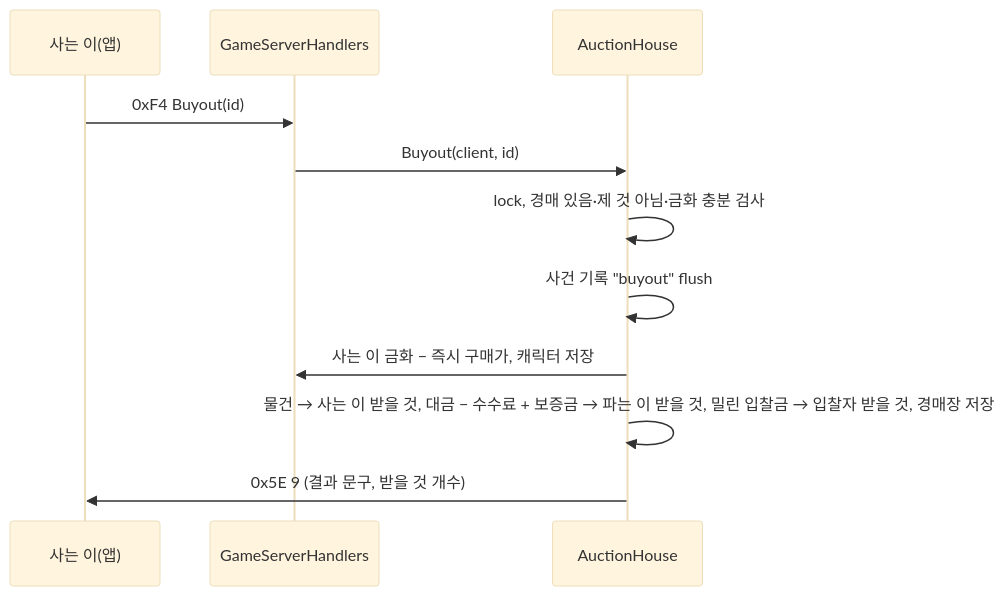
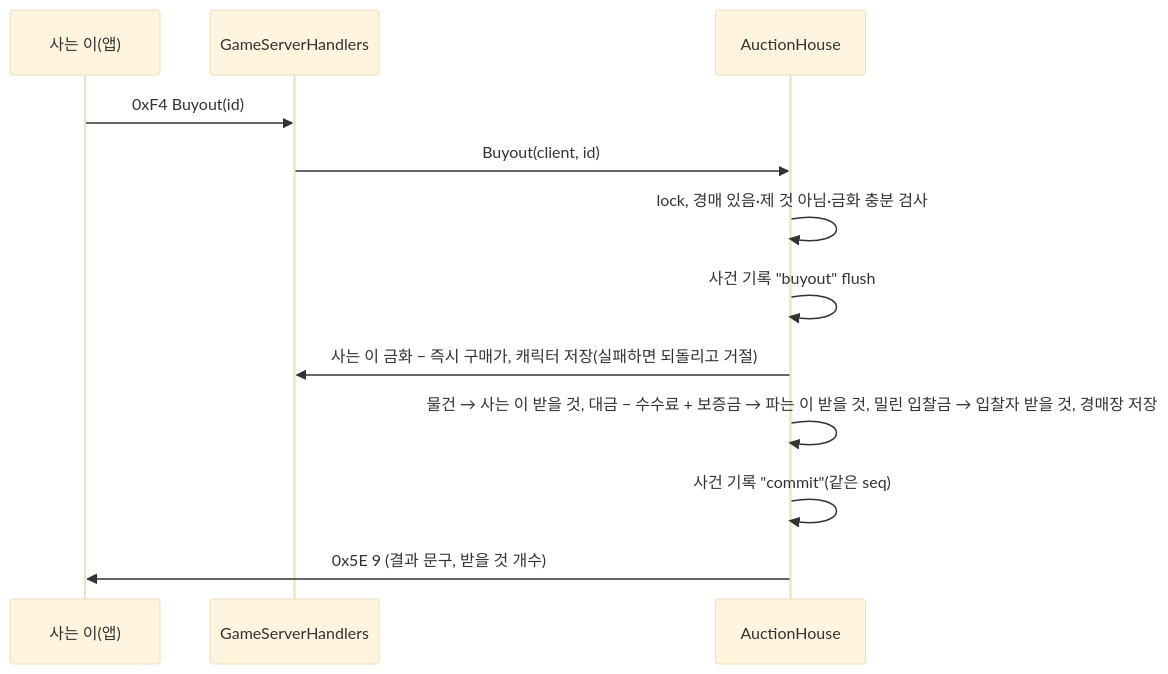
The fourth of 6 diagrams in autopilot/loot-auction/04-architecture.md (sangchane/LegendOfDarkness), drawn with Mermaid (base theme) before and after one commit. The commit also changed other lines of this file and 8 other files, not shown here.

````diff
--- a/autopilot/loot-auction/04-architecture.md
+++ b/autopilot/loot-auction/04-architecture.md
@@ -78,13 +78,14 @@
 ```mermaid
 sequenceDiagram
   participant B as 사는 이(앱)
   participant S as GameServerHandlers
   participant A as AuctionHouse
   B->>S: 0xF4 Buyout(id)
   S->>A: Buyout(client, id)
   A->>A: lock, 경매 있음·제 것 아님·금화 충분 검사
   A->>A: 사건 기록 "buyout" flush
-  A->>S: 사는 이 금화 − 즉시 구매가, 캐릭터 저장
+  A->>S: 사는 이 금화 − 즉시 구매가, 캐릭터 저장(실패하면 되돌리고 거절)
   A->>A: 물건 → 사는 이 받을 것, 대금 − 수수료 + 보증금 → 파는 이 받을 것, 밀린 입찰금 → 입찰자 받을 것, 경매장 저장
+  A->>A: 사건 기록 "commit"(같은 seq)
   A->>B: 0x5E 9 (결과 문구, 받을 것 개수)
 ```
````
